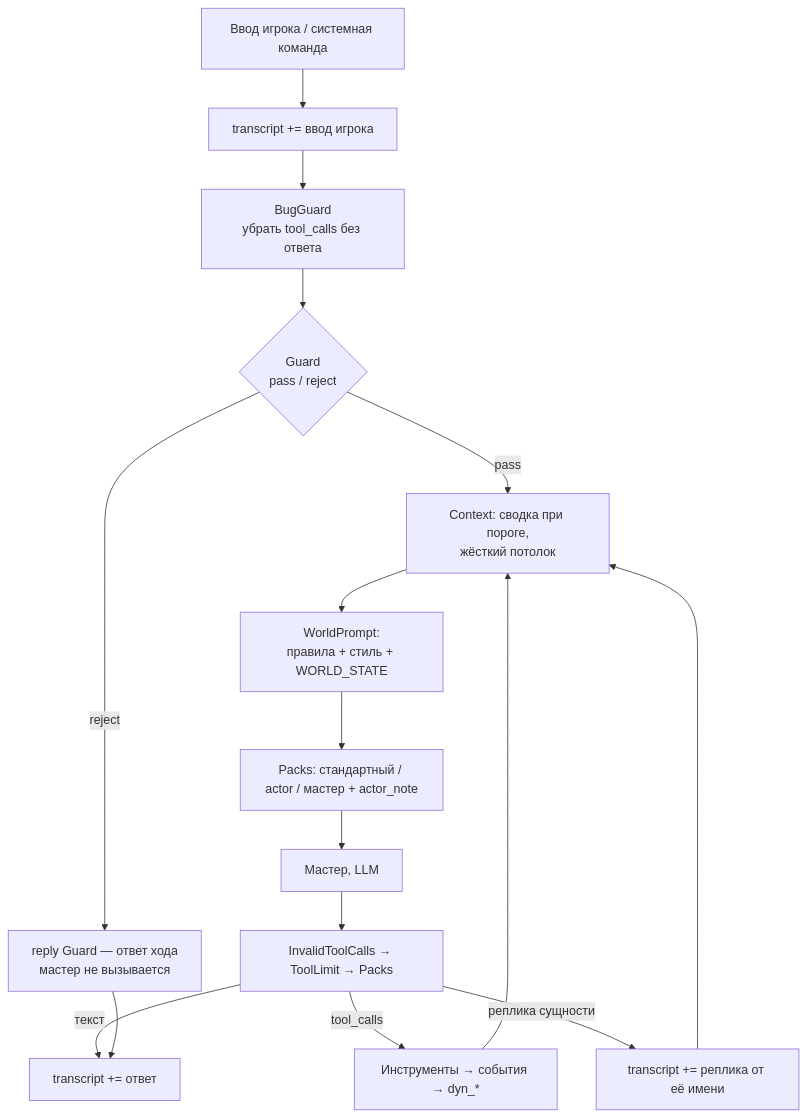
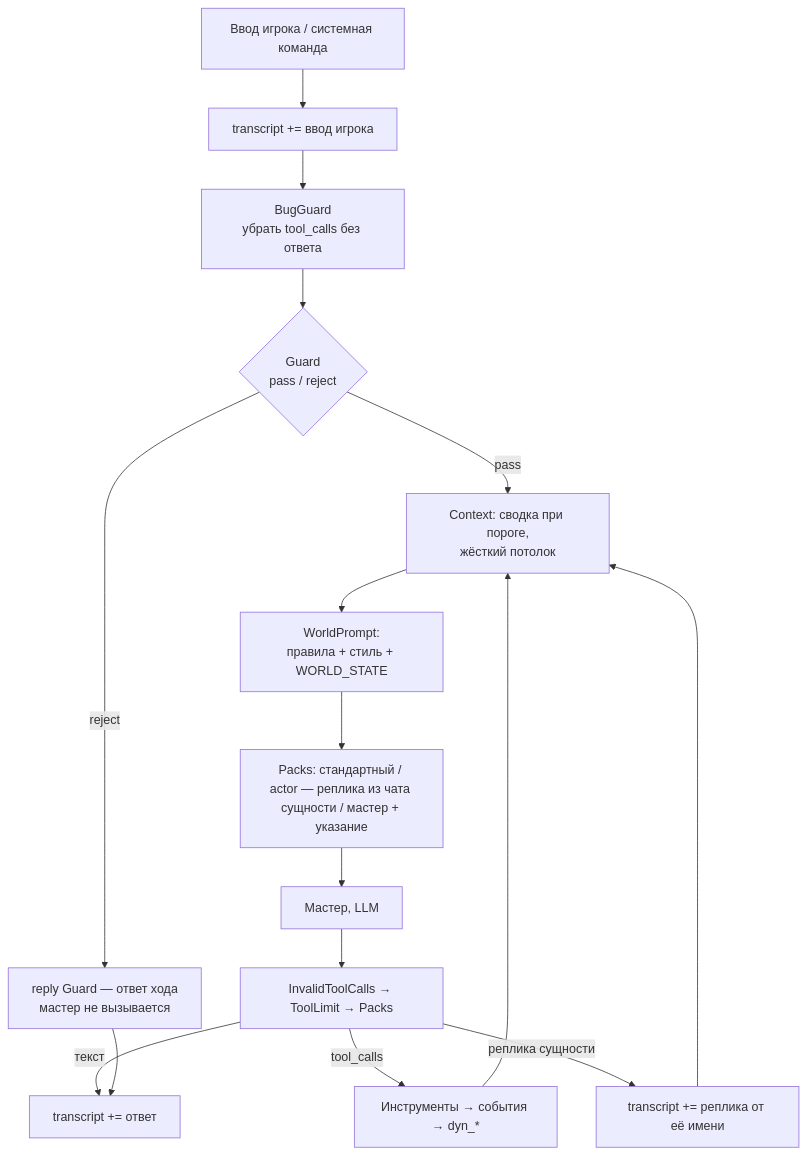
One commit to Bataevk/QuipQuill changed the first of 2 diagrams in docs/architecture/agent.md. Above: the diagram before and after it, drawn with Mermaid. The commit also changed other lines of this file and 22 other files, not shown here.

````diff
--- a/docs/architecture/agent.md
+++ b/docs/architecture/agent.md
@@ -7,19 +7,19 @@
 ```mermaid
 graph TD
   IN[Ввод игрока / системная команда] --> TRI[transcript += ввод игрока]
   TRI --> BG[BugGuard<br/>убрать tool_calls без ответа]
   BG --> GU{Guard<br/>pass / reject}
   GU -->|reject| RJ[reply Guard — ответ хода<br/>мастер не вызывается]
   GU -->|pass| CM[Context: сводка при пороге,<br/>жёсткий потолок]
   CM --> DP[WorldPrompt:<br/>правила + стиль + WORLD_STATE]
   GM[Мастер, LLM]
-  DP --> PK[Packs: стандартный / actor / мастер + actor_note]
+  DP --> PK[Packs: стандартный / actor — реплика из чата сущности / мастер + указание]
   PK --> GM
   GM --> AM[InvalidToolCalls → ToolLimit → Packs]
   AM -->|tool_calls| TL[Инструменты → события → dyn_*]
   TL --> CM
   AM -->|реплика сущности| LN[transcript += реплика от её имени]
   LN --> CM
   AM -->|текст| OUT[transcript += ответ]
   RJ --> OUT
 ```
````
